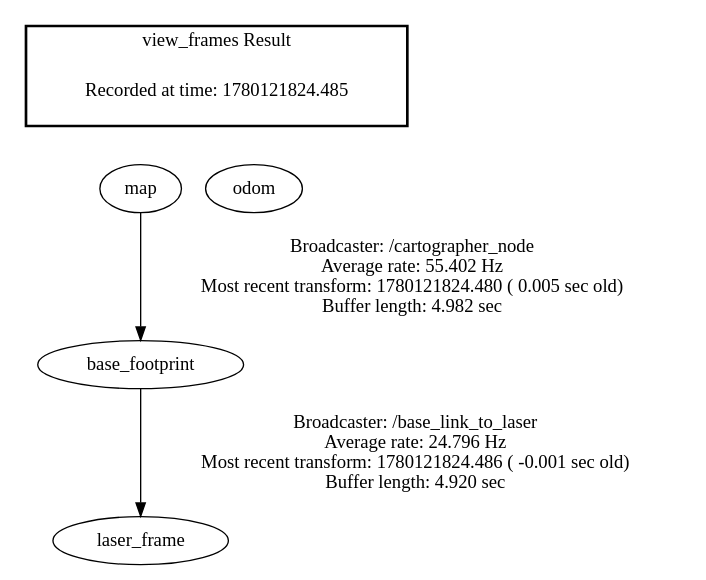
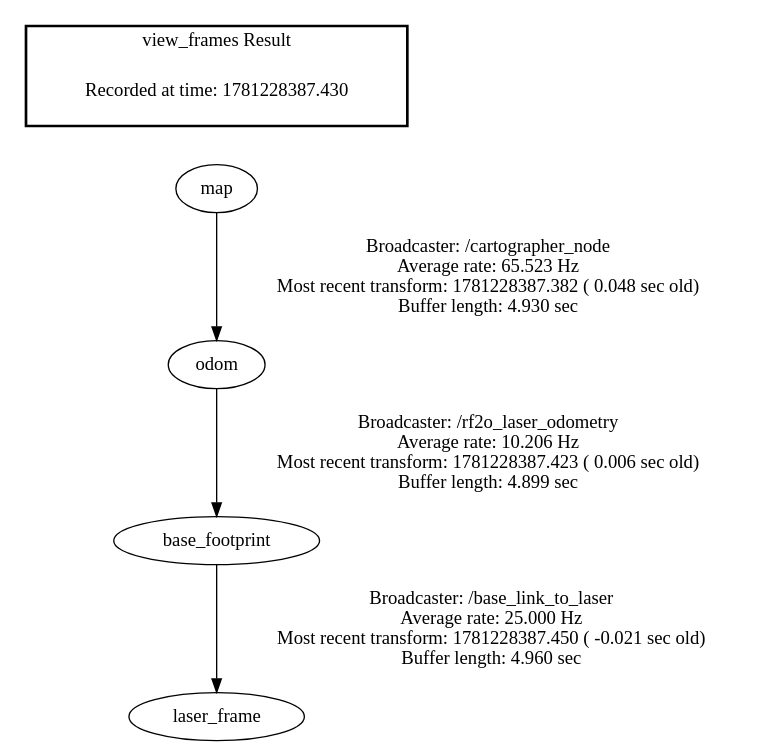
The diagram in NavOA_ws/frames.gv (2022090914028ysr-dotcom/rk3588), drawn with Graphviz before and after one commit. The commit also changed 9 other files, not shown here.

```diff
--- a/NavOA_ws/frames.gv
+++ b/NavOA_ws/frames.gv
@@ -1,12 +1,9 @@
 digraph G {
-"map" -> "base_footprint"[label="Broadcaster: /cartographer_node\nAverage rate: 55.402 Hz\nMost recent transform: 1780121824.480 ( 0.005 sec old)\nBuffer length: 4.982 sec\n"];
-"base_footprint" -> "laser_frame"[label="Broadcaster: /base_link_to_laser\nAverage rate: 24.796 Hz\nMost recent transform: 1780121824.486 ( -0.001 sec old)\nBuffer length: 4.920 sec\n"];
+"base_footprint" -> "laser_frame"[label="Broadcaster: /base_link_to_laser\nAverage rate: 25.000 Hz\nMost recent transform: 1781228387.450 ( -0.021 sec old)\nBuffer length: 4.960 sec\n"];
+"odom" -> "base_footprint"[label="Broadcaster: /rf2o_laser_odometry\nAverage rate: 10.206 Hz\nMost recent transform: 1781228387.423 ( 0.006 sec old)\nBuffer length: 4.899 sec\n"];
+"map" -> "odom"[label="Broadcaster: /cartographer_node\nAverage rate: 65.523 Hz\nMost recent transform: 1781228387.382 ( 0.048 sec old)\nBuffer length: 4.930 sec\n"];
 edge [style=invis];
  subgraph cluster_legend { style=bold; color=black; label ="view_frames Result";
-"Recorded at time: 1780121824.485"[ shape=plaintext ] ;
+"Recorded at time: 1781228387.430"[ shape=plaintext ] ;
  }->"map";
-edge [style=invis];
- subgraph cluster_legend { style=bold; color=black; label ="view_frames Result";
-"Recorded at time: 1780121824.485"[ shape=plaintext ] ;
- }->"odom";
 }
```
